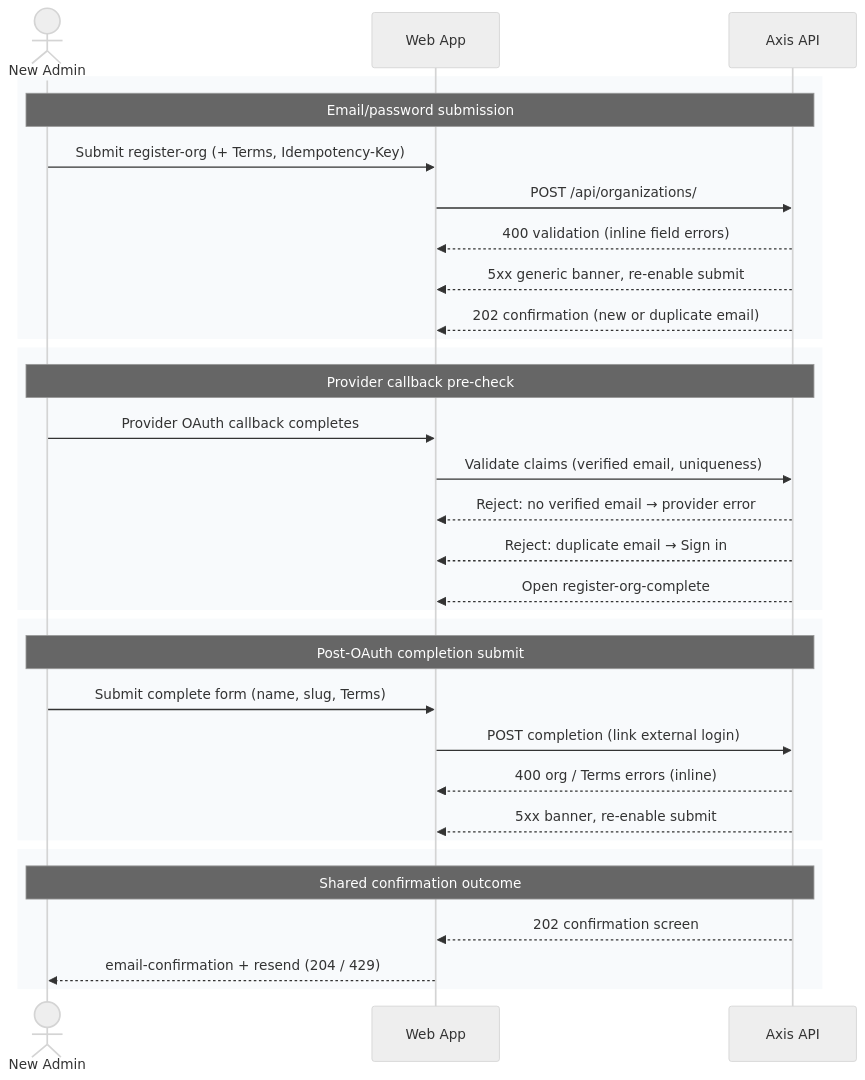
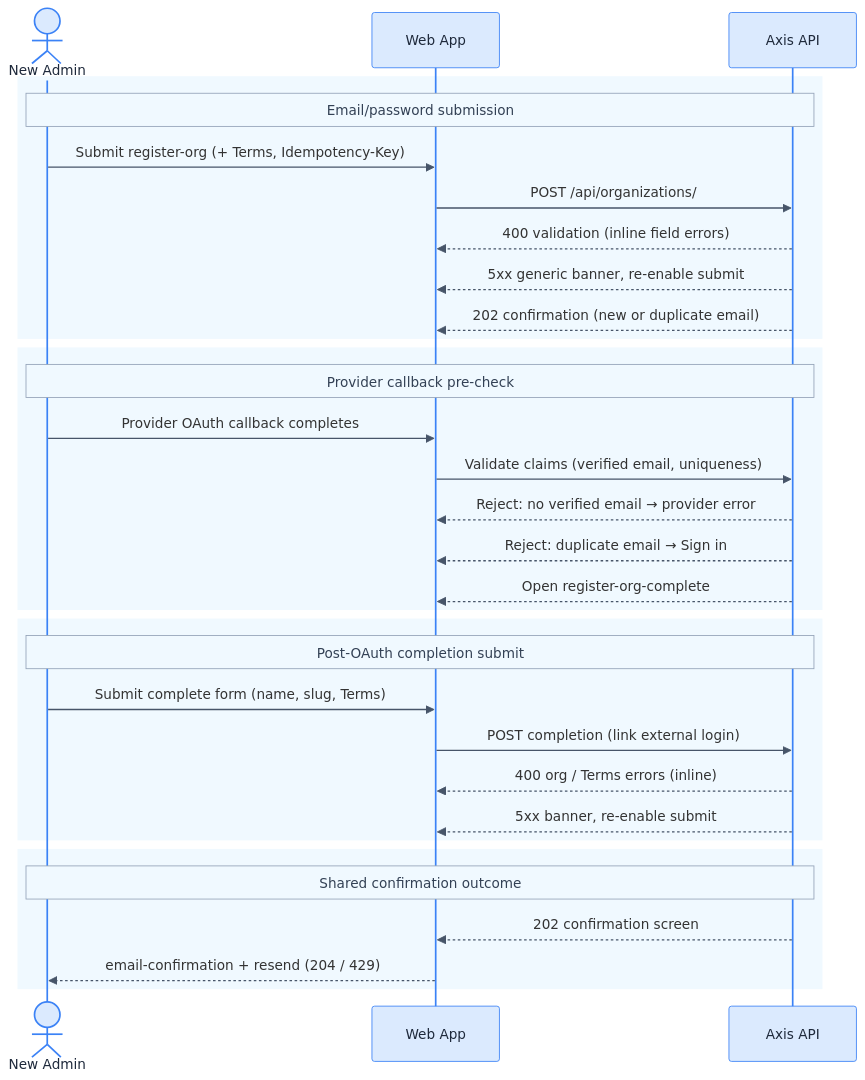
The third of 3 diagrams in docs/use-cases/platform-foundation/register-org/README.md (phuongnse/axis), drawn with Mermaid before and after one commit. The commit also changed other lines of this file and 1 other file, not shown here.

Commit message:
docs: align Mermaid theme background with Axis palette (#f8fafc)

````diff
--- a/docs/use-cases/platform-foundation/register-org/README.md
+++ b/docs/use-cases/platform-foundation/register-org/README.md
@@ -214,39 +214,39 @@
 ```mermaid
-%%{init: {'theme': 'neutral'}}%%
+%%{init: {'theme':'base','themeVariables':{'background':'#f8fafc','mainBkg':'#f8fafc','actorBkg':'#dbeafe','actorBorder':'#3b82f6','actorTextColor':'#1e293b','signalColor':'#475569','labelBoxBkgColor':'#f0f9ff','labelBoxBorderColor':'#3b82f6','noteBkgColor':'#f0f9ff','noteBorderColor':'#94a3b8','noteTextColor':'#334155','activationBkgColor':'#e2e8f0','secondaryColor':'#f0f9ff','lineColor':'#475569'}}}%%
 sequenceDiagram
   actor Admin as New Admin
   participant Web as Web App
   participant API as Axis API
 
-  rect rgb(248, 250, 252)
+  rect rgb(240, 249, 255)
     Note over Admin,API: Email/password submission
     Admin->>Web: Submit register-org (+ Terms, Idempotency-Key)
     Web->>API: POST /api/organizations/
     API-->>Web: 400 validation (inline field errors)
     API-->>Web: 5xx generic banner, re-enable submit
     API-->>Web: 202 confirmation (new or duplicate email)
   end
 
-  rect rgb(248, 250, 252)
+  rect rgb(240, 249, 255)
     Note over Admin,API: Provider callback pre-check
     Admin->>Web: Provider OAuth callback completes
     Web->>API: Validate claims (verified email, uniqueness)
     API-->>Web: Reject: no verified email → provider error
     API-->>Web: Reject: duplicate email → Sign in
     API-->>Web: Open register-org-complete
   end
 
-  rect rgb(248, 250, 252)
+  rect rgb(240, 249, 255)
     Note over Admin,API: Post-OAuth completion submit
     Admin->>Web: Submit complete form (name, slug, Terms)
     Web->>API: POST completion (link external login)
     API-->>Web: 400 org / Terms errors (inline)
     API-->>Web: 5xx banner, re-enable submit
   end
 
-  rect rgb(248, 250, 252)
+  rect rgb(240, 249, 255)
     Note over Admin,API: Shared confirmation outcome
     API-->>Web: 202 confirmation screen
     Web-->>Admin: email-confirmation + resend (204 / 429)
   end
 ```
````
